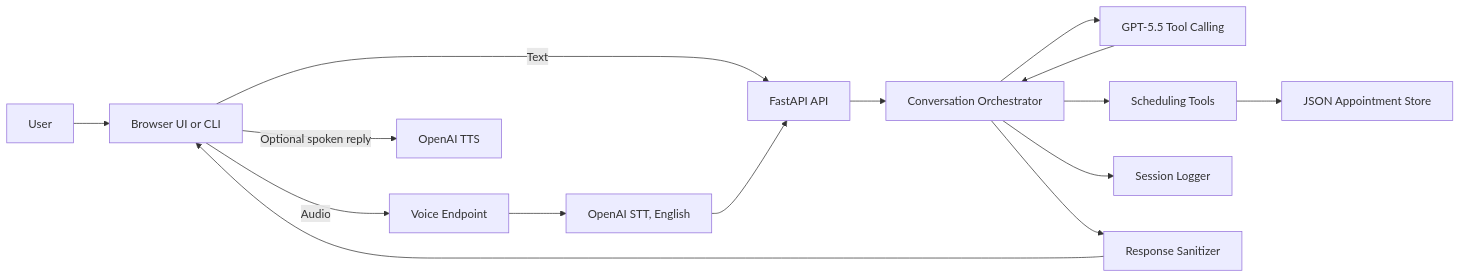
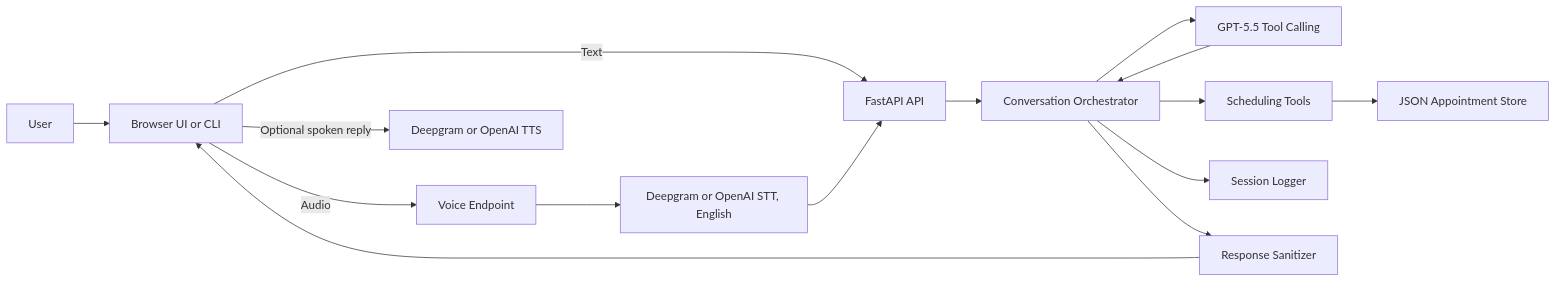
Before and after one commit to amankumarhal/scheduling_agent: the first of 3 diagrams in docs/ARCHITECTURE.md, drawn with Mermaid. The commit also changed other lines of this file and 10 other files, not shown here.

````diff
--- a/docs/ARCHITECTURE.md
+++ b/docs/ARCHITECTURE.md
@@ -39,17 +39,17 @@
 ```mermaid
 flowchart LR
     User[User] --> Client[Browser UI or CLI]
     Client -->|Text| API[FastAPI API]
     Client -->|Audio| Voice[Voice Endpoint]
-    Voice --> STT[OpenAI STT, English]
+    Voice --> STT[Deepgram or OpenAI STT, English]
     STT --> API
     API --> Orchestrator[Conversation Orchestrator]
     Orchestrator --> Model[GPT-5.5 Tool Calling]
     Model --> Orchestrator
     Orchestrator --> Tools[Scheduling Tools]
     Tools --> Store[JSON Appointment Store]
     Orchestrator --> Logger[Session Logger]
     Orchestrator --> Sanitizer[Response Sanitizer]
     Sanitizer --> Client
-    Client -->|Optional spoken reply| TTS[OpenAI TTS]
+    Client -->|Optional spoken reply| TTS[Deepgram or OpenAI TTS]
 ```
````
